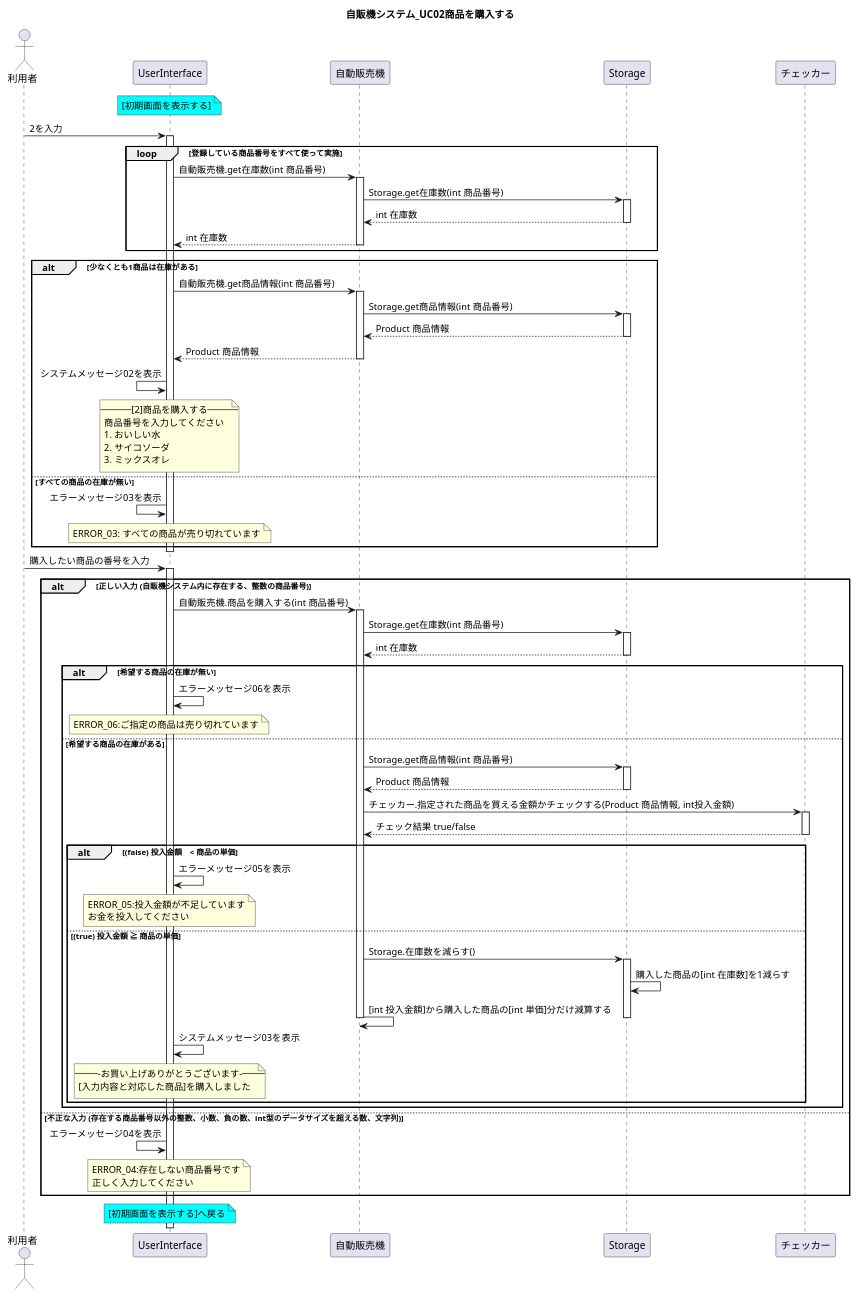
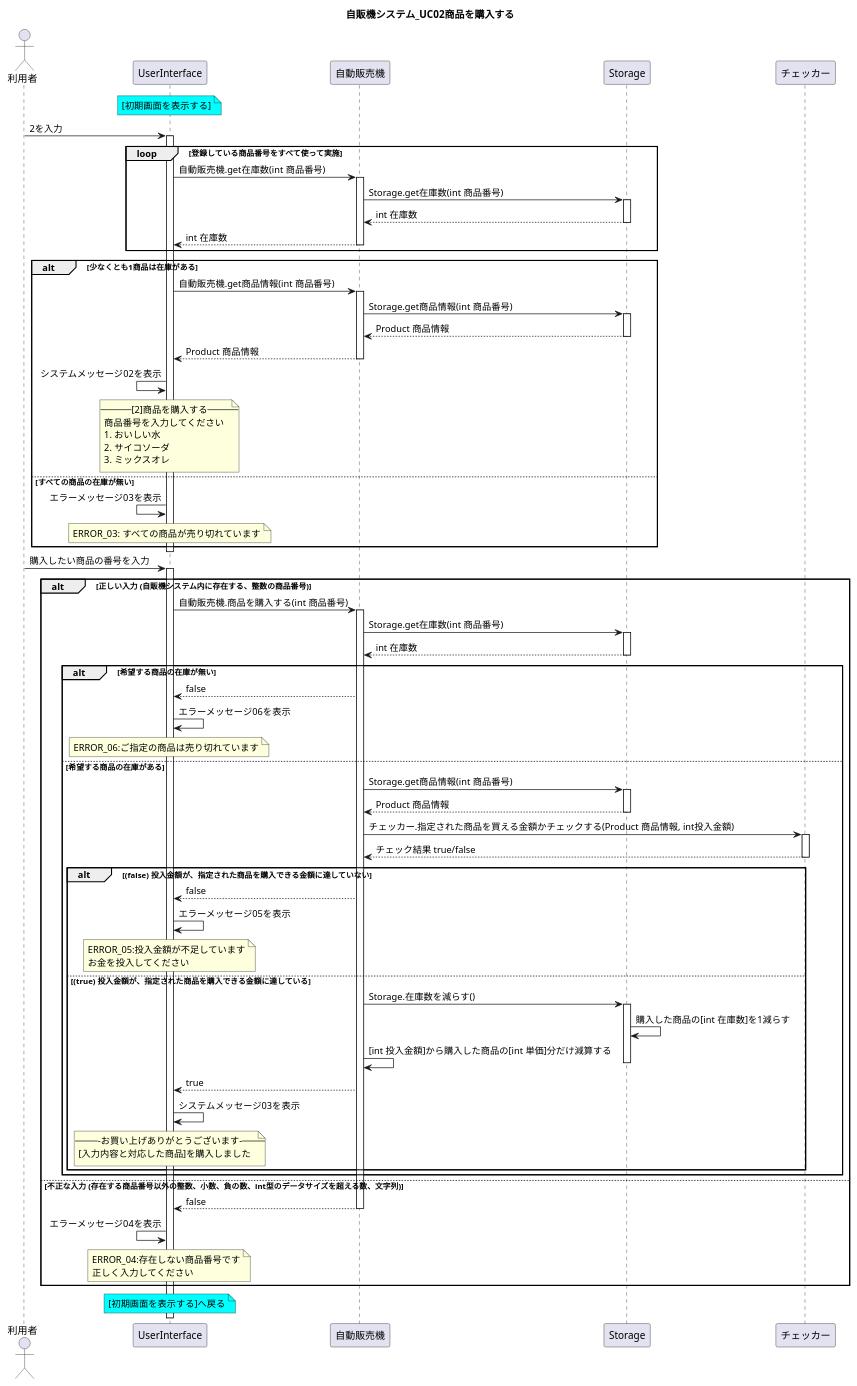
One commit to W-Nakayama-24/VendingMachine_CUI changed the diagram in UML_class_sequence/VendingMachine_sequence02.puml. Above: the diagram before and after it, drawn with PlantUML. The commit also changed 1 other file, not shown here.

Commit message:
FIX sequence02

```diff
--- a/UML_class_sequence/VendingMachine_sequence02.puml
+++ b/UML_class_sequence/VendingMachine_sequence02.puml
@@ -1,131 +1,136 @@
 @startuml
 title 自販機システム_UC02商品を購入する
 
 actor 利用者
 note over UserInterface #Cyan
 [初期画面を表示する]
 end note
 
 利用者 -> UserInterface : 2を入力
 
 loop 登録している商品番号をすべて使って実施
 activate UserInterface
 UserInterface -> 自動販売機 : 自動販売機.get在庫数(int 商品番号)
 activate 自動販売機
 自動販売機 -> Storage : Storage.get在庫数(int 商品番号)
 activate Storage
 自動販売機 <-- Storage : int 在庫数
 deactivate Storage
 UserInterface <-- 自動販売機 : int 在庫数
 deactivate 自動販売機
 end loop
 
 alt 少なくとも1商品は在庫がある
     UserInterface -> 自動販売機 : 自動販売機.get商品情報(int 商品番号)
     activate 自動販売機
     自動販売機 -> Storage : Storage.get商品情報(int 商品番号)
     activate Storage
 
     自動販売機 <-- Storage : Product 商品情報 
     deactivate Storage
     UserInterface <-- 自動販売機 : Product 商品情報
     deactivate 自動販売機
 
     ' UserInterface -> Product : get商品番号(), get商品名()
     ' activate Product
     ' UserInterface <-- Product : int 商品番号, String 商品名
     ' deactivate Product 
 
     UserInterface <- UserInterface : システムメッセージ02を表示
     note over UserInterface
     --[2]商品を購入する--
     商品番号を入力してください
     1. おいしい水
     2. サイコソーダ
     3. ミックスオレ
     end note
 
 else すべての商品の在庫が無い
     UserInterface <- UserInterface : エラーメッセージ03を表示
     note over UserInterface
     ERROR_03: すべての商品が売り切れています
     end note
 
 end
 deactivate UserInterface
 
 利用者 -> UserInterface : 購入したい商品の番号を入力
 
 activate UserInterface
 
 alt 正しい入力 (自販機システム内に存在する、整数の商品番号)
 
     UserInterface -> 自動販売機 : 自動販売機.商品を購入する(int 商品番号)
     activate 自動販売機
     自動販売機 -> Storage : Storage.get在庫数(int 商品番号)
     activate Storage
     自動販売機 <-- Storage : int 在庫数
     deactivate Storage
 
     alt 希望する商品の在庫が無い
 
+        UserInterface <-- 自動販売機 : false
         UserInterface -> UserInterface : エラーメッセージ06を表示
         note over UserInterface
         ERROR_06:ご指定の商品は売り切れています
         end note
 
 
     else 希望する商品の在庫がある
 
         自動販売機 -> Storage : Storage.get商品情報(int 商品番号)
         activate Storage
         自動販売機 <-- Storage : Product 商品情報 
         deactivate Storage
 
         自動販売機 -> チェッカー : チェッカー.指定された商品を買える金額かチェックする(Product 商品情報, int投入金額)
         activate チェッカー
         自動販売機 <-- チェッカー : チェック結果 true/false
         deactivate チェッカー
 
-        alt (false) 投入金額　< 商品の単価
-
+        alt (false) 投入金額が、指定された商品を購入できる金額に達していない
+            
+            UserInterface <-- 自動販売機 : false
             UserInterface -> UserInterface : エラーメッセージ05を表示
             note over UserInterface
             ERROR_05:投入金額が不足しています
             お金を投入してください
             end note
 
-        else (true) 投入金額 ≧ 商品の単価
+        else (true) 投入金額が、指定された商品を購入できる金額に達している
 
             自動販売機 -> Storage : Storage.在庫数を減らす()
             activate Storage
             Storage -> Storage : 購入した商品の[int 在庫数]を1減らす
             自動販売機 -> 自動販売機 : [int 投入金額]から購入した商品の[int 単価]分だけ減算する
             deactivate Storage
-            deactivate 自動販売機
+            UserInterface <-- 自動販売機 : true
 
             UserInterface -> UserInterface : システムメッセージ03を表示
             note over UserInterface
             ---お買い上げありがとうございます---
             [入力内容と対応した商品]を購入しました
             end note
             
         end
 
 
     end
 
 else 不正な入力 (存在する商品番号以外の整数、小数、負の数、int型のデータサイズを超える数、文字列)
+    
+    UserInterface <-- 自動販売機 : false
+    deactivate 自動販売機
     UserInterface <- UserInterface : エラーメッセージ04を表示
     note over UserInterface
     ERROR_04:存在しない商品番号です
     正しく入力してください
     end note
   
 end
 
 note over UserInterface #Cyan
 [初期画面を表示する]へ戻る
 end note
 
 @enduml
```
